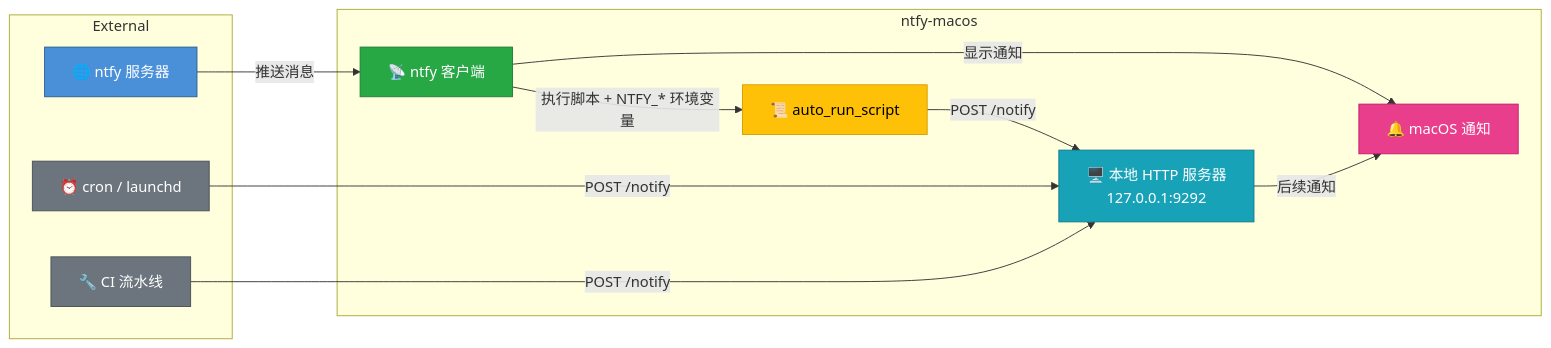
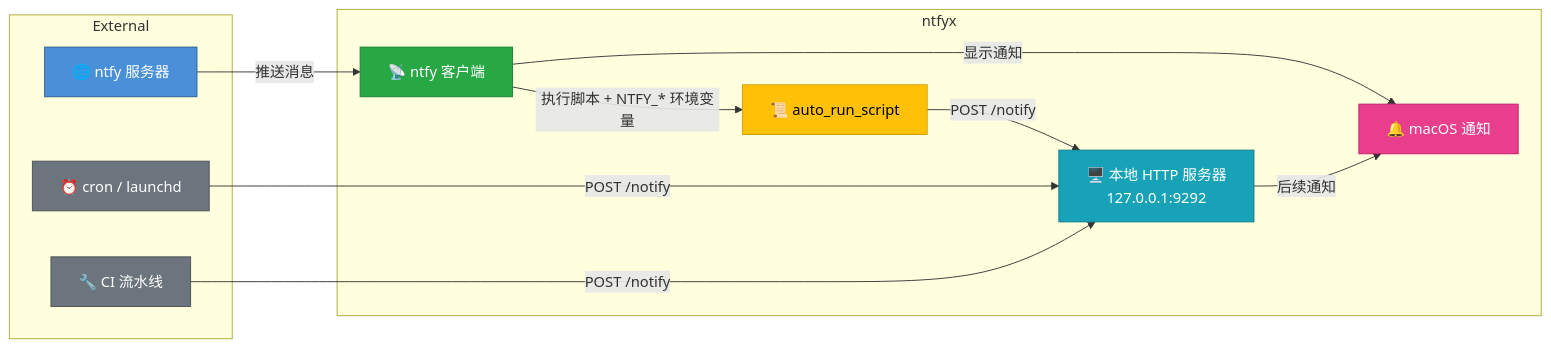
Before and after one commit to Felix2yu/ntfy-macos: the diagram in README.md, drawn with Mermaid. The commit also changed other lines of this file and 5 other files, not shown here.

````diff
--- a/README.md
+++ b/README.md
@@ -333,33 +333,33 @@
 ```mermaid
 flowchart LR
     subgraph External
         ntfy["🌐 ntfy 服务器"]
         cron["⏰ cron / launchd"]
         ci["🔧 CI 流水线"]
     end
 
-    subgraph ntfy-macos
+    subgraph ntfyx
         client["📡 ntfy 客户端"]
         script["📜 auto_run_script"]
         local["🖥️ 本地 HTTP 服务器
         127.0.0.1:9292"]
         notif["🔔 macOS 通知"]
     end
 
     ntfy -- "推送消息" --> client
     client -- "显示通知" --> notif
     client -- "执行脚本 + NTFY_* 环境变量" --> script
     script -- "POST /notify" --> local
     local -- "后续通知" --> notif
 
     cron -- "POST /notify" --> local
     ci -- "POST /notify" --> local
 
     style ntfy fill:#4a90d9,stroke:#2c5f8a,color:#fff
     style cron fill:#6c757d,stroke:#495057,color:#fff
     style ci fill:#6c757d,stroke:#495057,color:#fff
     style client fill:#28a745,stroke:#1e7e34,color:#fff
     style script fill:#ffc107,stroke:#d39e00,color:#000
     style local fill:#17a2b8,stroke:#117a8b,color:#fff
     style notif fill:#e83e8c,stroke:#c21c6b,color:#fff
 ```
````
